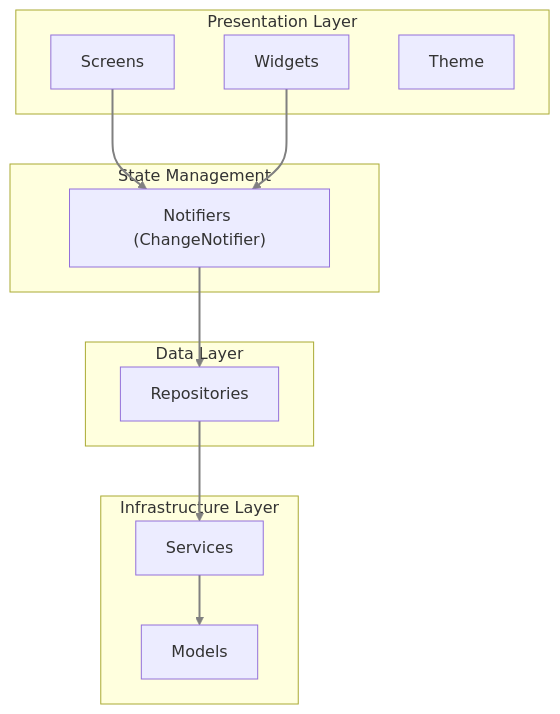
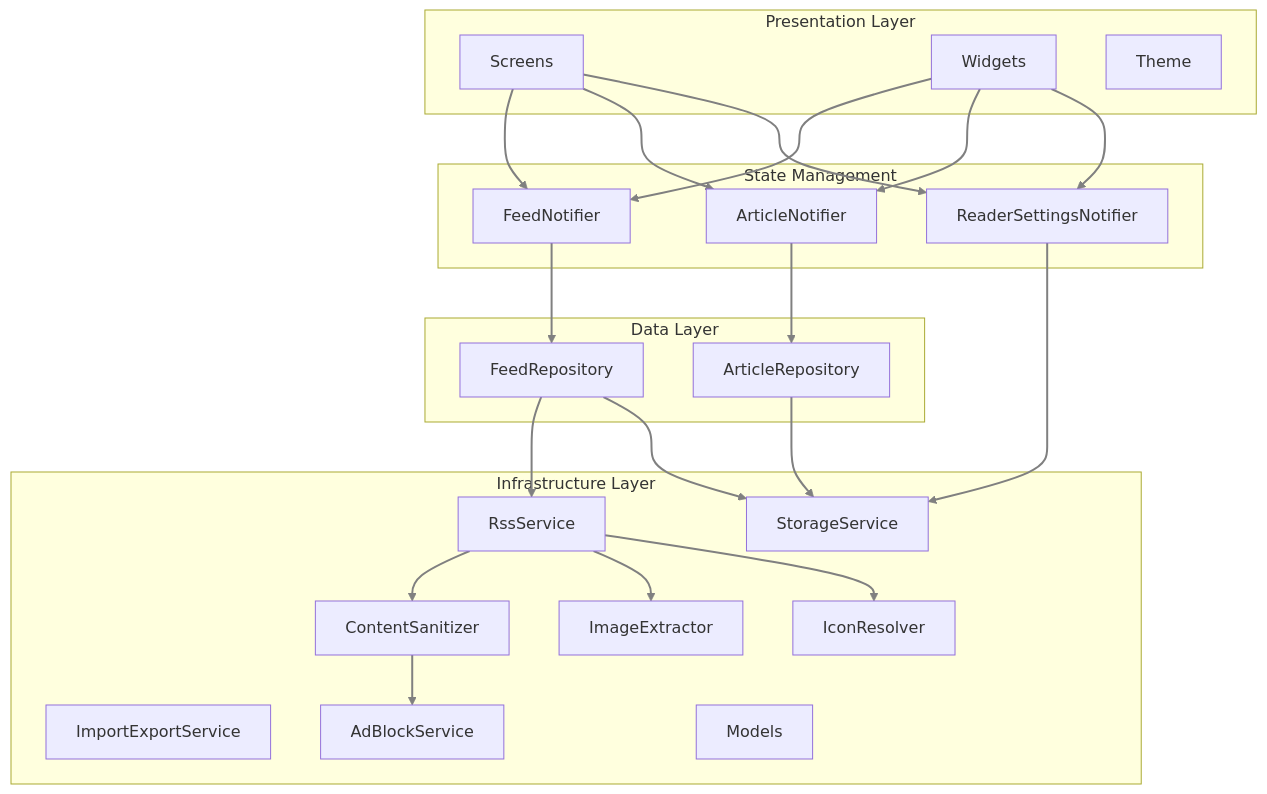
One commit to mohan-in/omit changed the first of 2 diagrams in doc/ARCHITECTURE.md. Above: the diagram before and after it, drawn with Mermaid. The commit also changed other lines of this file and 24 other files, not shown here.

Commit message:
feat: Refactor RSS service with dedicated content sanitization, image extraction, and icon resolution, and introduce new reader settings state management.

````diff
--- a/doc/ARCHITECTURE.md
+++ b/doc/ARCHITECTURE.md
@@ -25,29 +26,49 @@
 ```mermaid
 flowchart TB
     subgraph Presentation [Presentation Layer]
         Screens["Screens"]
         Widgets["Widgets"]
         Theme["Theme"]
     end
     
     subgraph State [State Management]
-        Notifiers["Notifiers (ChangeNotifier)"]
+        FN["FeedNotifier"]
+        AN["ArticleNotifier"]
+        RSN["ReaderSettingsNotifier"]
     end
     
     subgraph Domain [Data Layer]
-        Repositories["Repositories"]
+        FR["FeedRepository"]
+        AR["ArticleRepository"]
     end
     
     subgraph Infrastructure [Infrastructure Layer]
-        Services["Services"]
+        RSS["RssService"]
+        SS["StorageService"]
+        CS["ContentSanitizer"]
+        IE["ImageExtractor"]
+        IR["IconResolver"]
+        IES["ImportExportService"]
+        ABS["AdBlockService"]
         Models["Models"]
     end
     
-    Screens --> Notifiers
-    Widgets --> Notifiers
-    Notifiers --> Repositories
-    Repositories --> Services
-    Services --> Models
+    Screens --> FN
+    Screens --> AN
+    Screens --> RSN
+    Widgets --> FN
+    Widgets --> AN
+    Widgets --> RSN
+    FN --> FR
+    AN --> AR
+    RSN --> SS
+    FR --> RSS
+    FR --> SS
+    AR --> SS
+    RSS --> CS
+    RSS --> IE
+    RSS --> IR
+    CS --> ABS
 
     linkStyle default stroke-width:2px,fill:none,stroke:gray;
 ```
````
